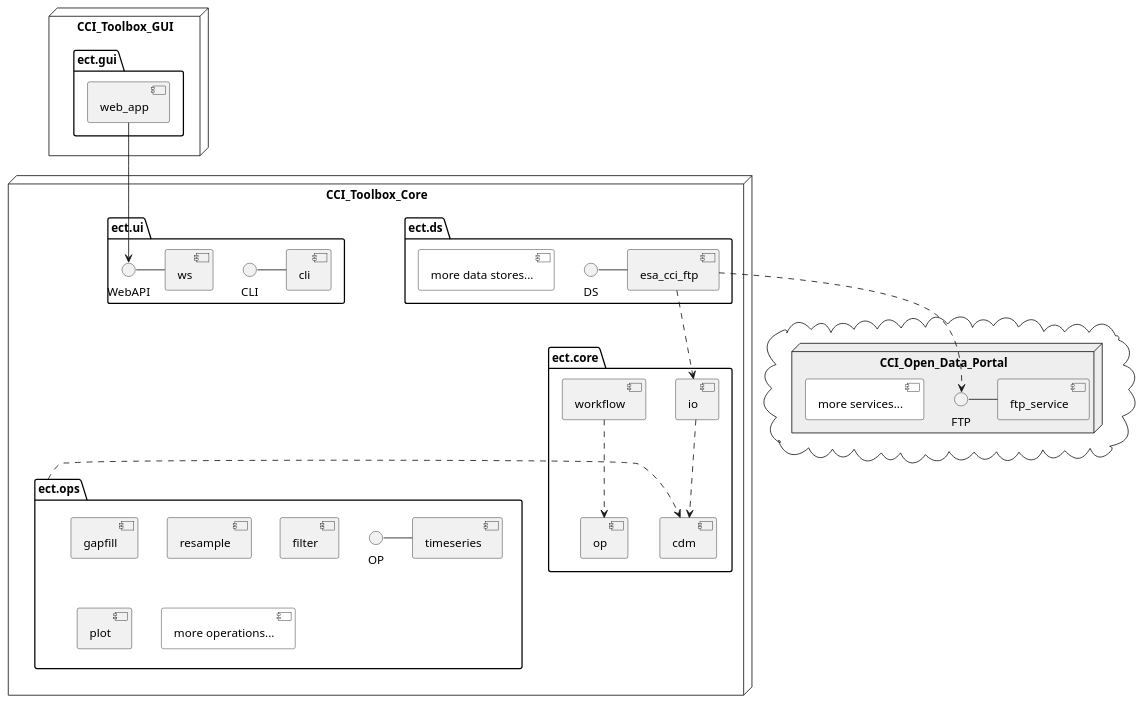
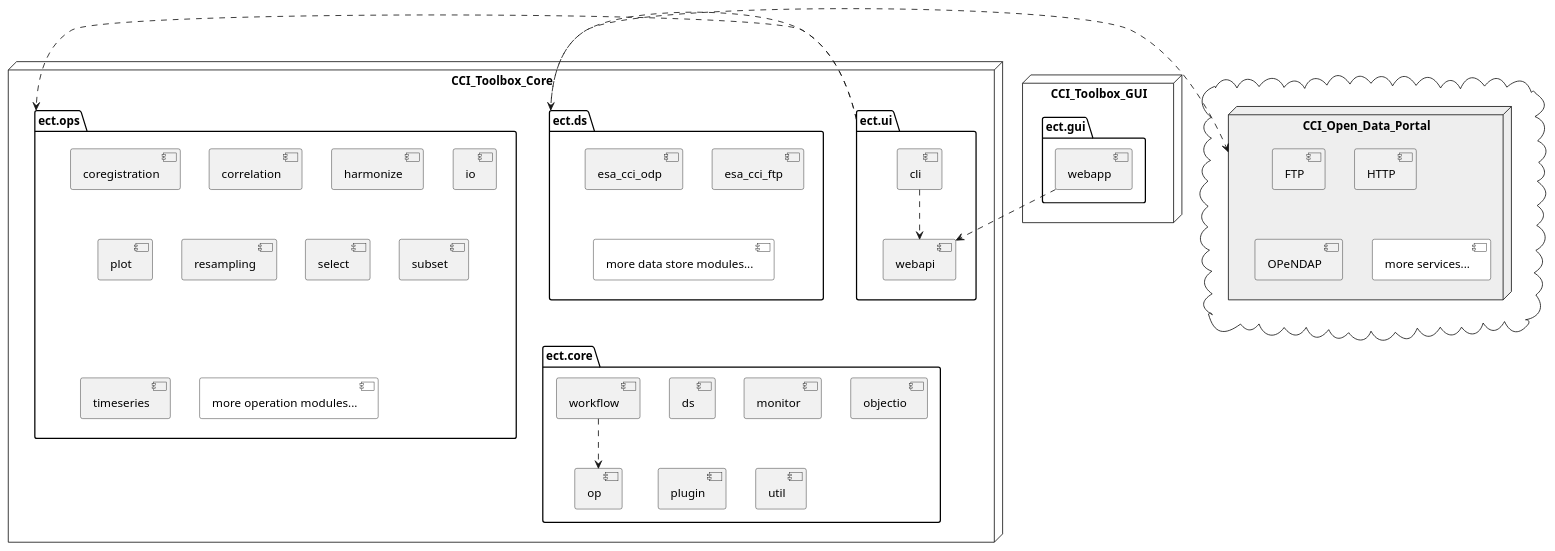
The diagram in doc/source/uml/modules.puml (CCI-Tools/cate), drawn with PlantUML before and after one commit. The commit also changed 34 other files, not shown here.

```diff
--- a/doc/source/uml/modules.puml
+++ b/doc/source/uml/modules.puml
@@ -1,56 +1,65 @@
 @startuml
 
 
 node "CCI_Toolbox_Core" {
     package "ect.ds" {
-        DS - [esa_cci_ftp]
-        [more data stores...] #white
+        [esa_cci_odp]
+        [esa_cci_ftp]
+        [more data store modules...] #white
     }
 
     package ect.ops {
-        OP-[timeseries]
-        [gapfill]
-        [resample]
-        [filter]
+        [coregistration]
+        [correlation]
+        [harmonize]
+        [io]
         [plot]
-        [more operations...] #white
+        [resampling]
+        [select]
+        [subset]
+        [timeseries]
+        [more operation modules...] #white
     }
 
     package "ect.core" {
-        [cdm]
-        [io]
-
+        [ds]
+        [monitor]
+        [objectio]
         [op]
+        [plugin]
+        [util]
         [workflow]
     }
 
     package "ect.ui" {
-        CLI - [cli]
-        WebAPI - [ws]
+        [cli]
+        [webapi]
     }
 }
 
 node "CCI_Toolbox_GUI" {
     package "ect.gui" {
-        [web_app]
+        [webapp]
     }
 }
 
 cloud {
 node "CCI_Open_Data_Portal" #eeeeee {
-    FTP - [ftp_service]
+    [FTP]
+    [HTTP]
+    [OPeNDAP]
     [more services...] #white
 }
 }
 
+[cli] ..> [webapi]
+[webapp] ..> [webapi]
 
-[io] ..> [cdm]
 [workflow] ..> [op]
-[esa_cci_ftp] ..> FTP
-[esa_cci_ftp] ..> io
 
-ect.ops .r.> [cdm]
+ect.ui .r.> ect.ops
+ect.ui .r.> ect.ds
+ect.ds .r.> CCI_Open_Data_Portal
 
-[web_app] --> WebAPI
 
 @enduml
```
